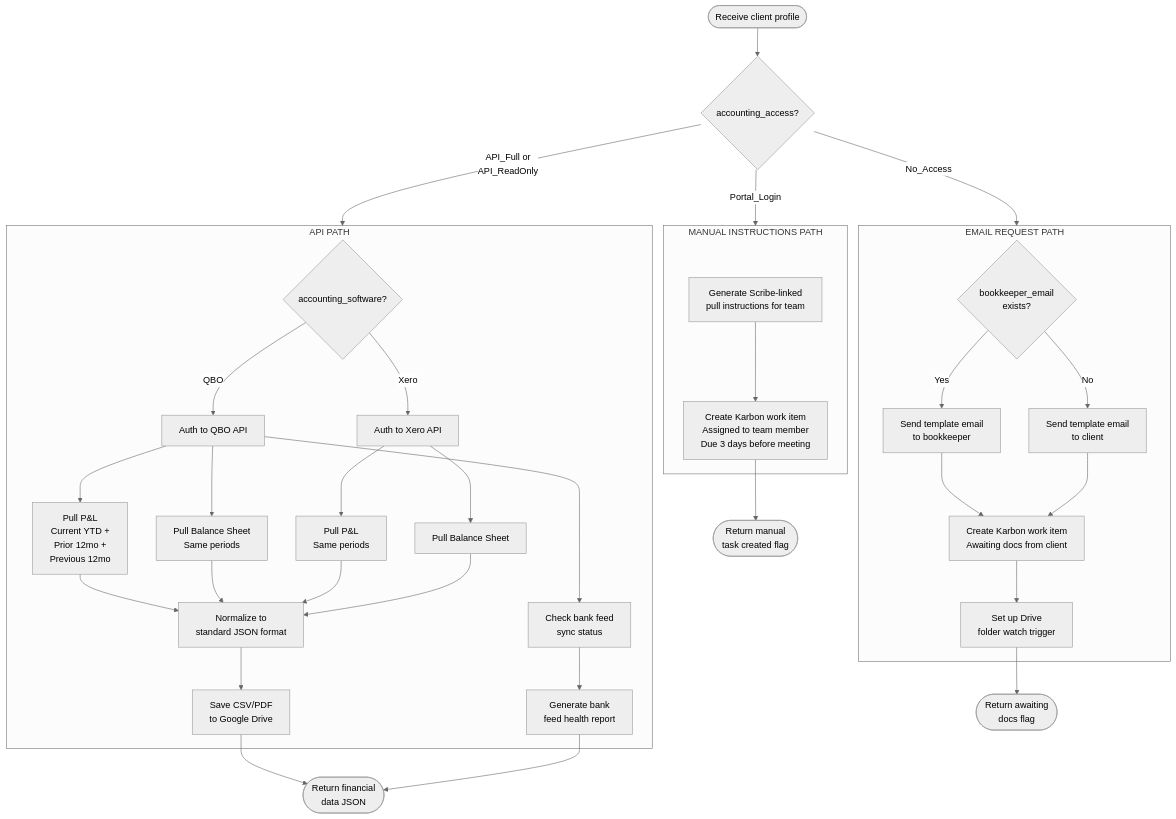
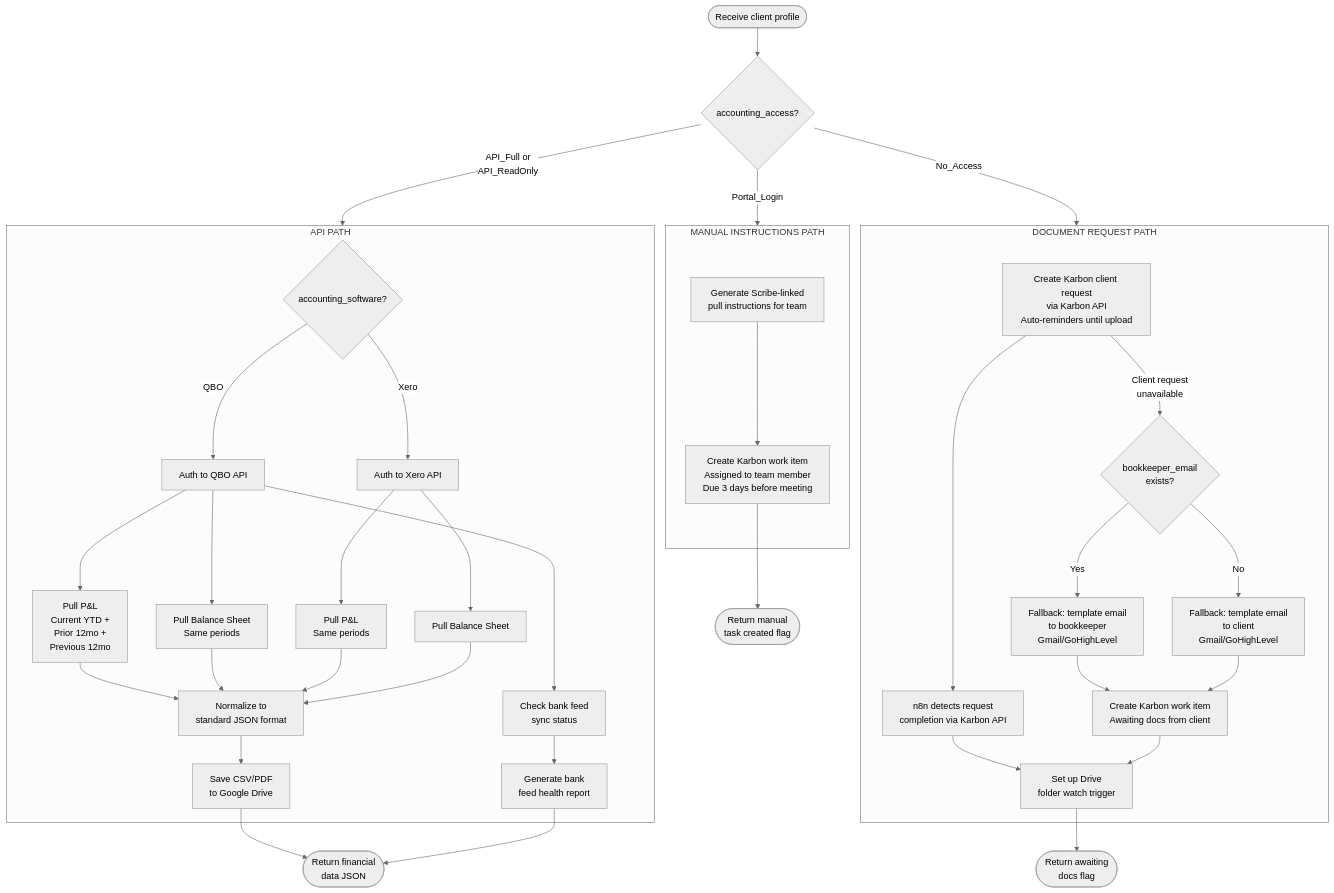
Before and after one commit to dkinvestments-art/n8n: the sixth of 23 diagrams in docs/quarterly-meeting-automation/05-Comprehensive-Workflow-Documentation.md, drawn with Mermaid (neutral theme). The commit also changed other lines of this file, not shown here.

````diff
--- a/docs/quarterly-meeting-automation/05-Comprehensive-Workflow-Documentation.md
+++ b/docs/quarterly-meeting-automation/05-Comprehensive-Workflow-Documentation.md
@@ -334,50 +337,53 @@
 ```mermaid
 flowchart TD
     IN([Receive client profile]) --> CHECK{accounting_access?}
 
     CHECK -->|API_Full or<br/>API_ReadOnly| API_PATH
 
     subgraph API_PATH["API PATH"]
         SW{accounting_software?}
         SW -->|QBO| QBO_AUTH[Auth to QBO API]
         SW -->|Xero| XERO_AUTH[Auth to Xero API]
 
         QBO_AUTH --> QBO_PNL[Pull P&L<br/>Current YTD +<br/>Prior 12mo +<br/>Previous 12mo]
         QBO_AUTH --> QBO_BS[Pull Balance Sheet<br/>Same periods]
         QBO_AUTH --> QBO_BANK[Check bank feed<br/>sync status]
 
         XERO_AUTH --> XERO_PNL[Pull P&L<br/>Same periods]
         XERO_AUTH --> XERO_BS[Pull Balance Sheet]
 
         QBO_PNL --> NORMALIZE[Normalize to<br/>standard JSON format]
         QBO_BS --> NORMALIZE
         QBO_BANK --> HEALTH[Generate bank<br/>feed health report]
         XERO_PNL --> NORMALIZE
         XERO_BS --> NORMALIZE
 
         NORMALIZE --> SAVE_DRIVE[Save CSV/PDF<br/>to Google Drive]
     end
 
     CHECK -->|Portal_Login| MANUAL_PATH
 
     subgraph MANUAL_PATH["MANUAL INSTRUCTIONS PATH"]
         INSTRUCT[Generate Scribe-linked<br/>pull instructions for team]
         INSTRUCT --> TASK[Create Karbon work item<br/>Assigned to team member<br/>Due 3 days before meeting]
     end
 
     CHECK -->|No_Access| REQUEST_PATH
 
-    subgraph REQUEST_PATH["EMAIL REQUEST PATH"]
-        RECIPIENT{bookkeeper_email<br/>exists?}
-        RECIPIENT -->|Yes| BK_EMAIL[Send template email<br/>to bookkeeper]
-        RECIPIENT -->|No| CL_EMAIL[Send template email<br/>to client]
+    subgraph REQUEST_PATH["DOCUMENT REQUEST PATH"]
+        KCR[Create Karbon client request<br/>via Karbon API<br/>Auto-reminders until upload]
+        KCR --> KCR_DETECT[n8n detects request<br/>completion via Karbon API]
+        KCR -->|Client request<br/>unavailable| RECIPIENT{bookkeeper_email<br/>exists?}
+        RECIPIENT -->|Yes| BK_EMAIL[Fallback: template email<br/>to bookkeeper<br/>Gmail/GoHighLevel]
+        RECIPIENT -->|No| CL_EMAIL[Fallback: template email<br/>to client<br/>Gmail/GoHighLevel]
         BK_EMAIL --> REQ_TASK[Create Karbon work item<br/>Awaiting docs from client]
         CL_EMAIL --> REQ_TASK
-        REQ_TASK --> WATCH[Set up Drive<br/>folder watch trigger]
+        KCR_DETECT --> WATCH[Set up Drive<br/>folder watch trigger]
+        REQ_TASK --> WATCH
     end
 
     SAVE_DRIVE --> OUT([Return financial<br/>data JSON])
     HEALTH --> OUT
     TASK --> OUT2([Return manual<br/>task created flag])
     WATCH --> OUT3([Return awaiting<br/>docs flag])
 ```
````
